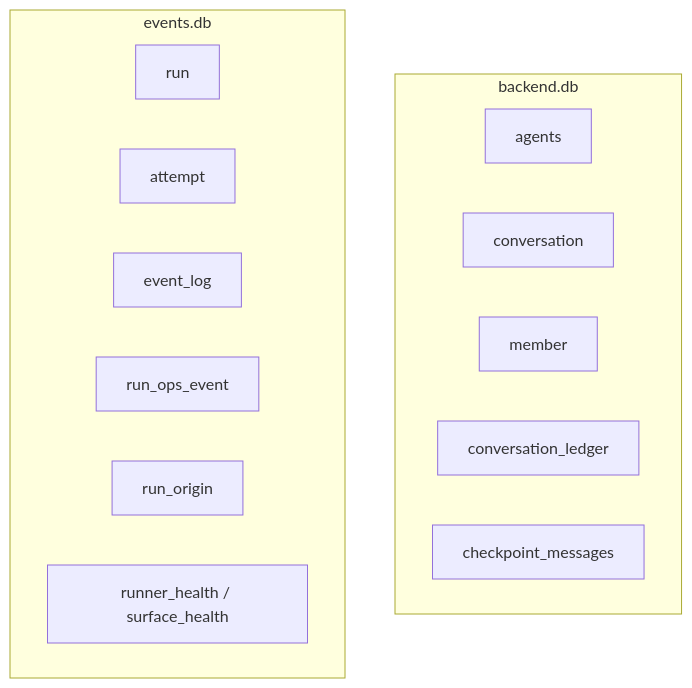
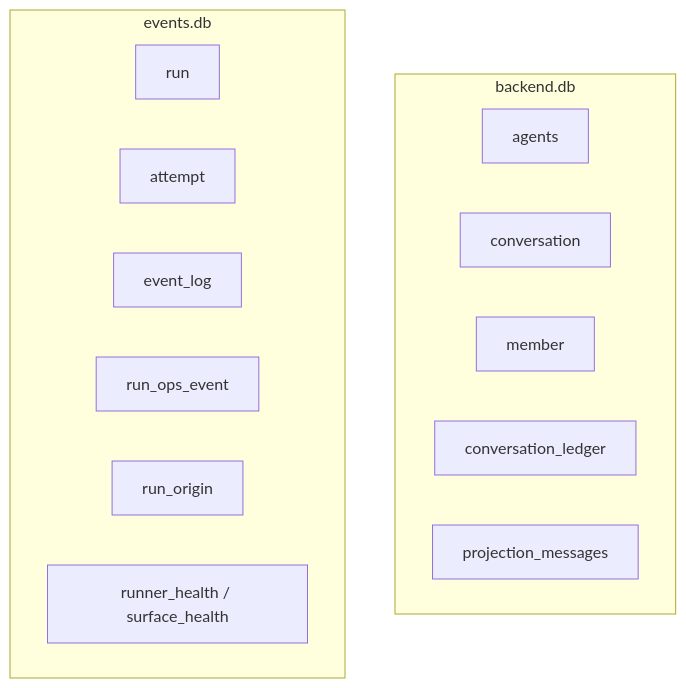
Before and after one commit to Chengchcc/my-agent-team: the diagram in docs/architecture/backend/overview.md, drawn with Mermaid. The commit also changed other lines of this file and 8 other files, not shown here.

````diff
--- a/docs/architecture/backend/overview.md
+++ b/docs/architecture/backend/overview.md
@@ -35,18 +35,18 @@
 ```mermaid
 flowchart TB
   subgraph backend.db
     A[agents]
     C[conversation]
     M[member]
     L[conversation_ledger]
-    TP[checkpoint_messages]
+    TP[projection_messages]
   end
   subgraph events.db
     R[run]
     AT[attempt]
     EL[event_log]
     OPS[run_ops_event]
     RO[run_origin]
     RH[runner_health / surface_health]
   end
 ```
````
